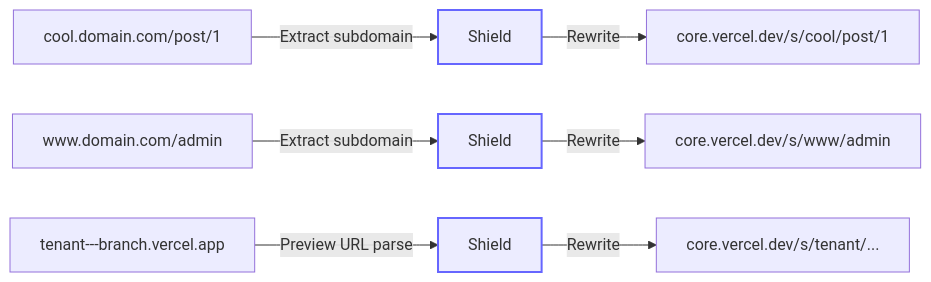
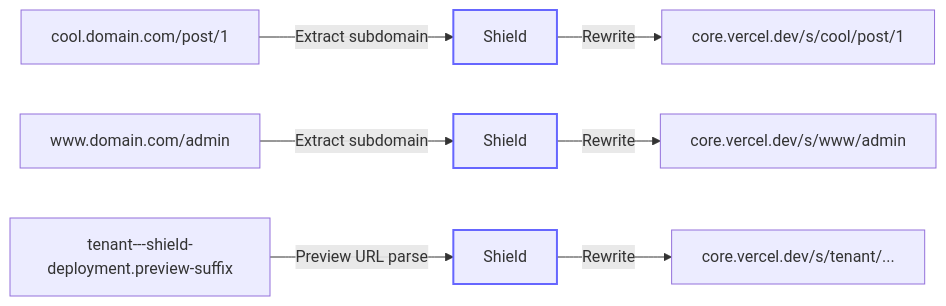
One commit to vercel-labs/isr-platform-shield changed the eighth of 8 diagrams in docs/ARCHITECTURE.md. Above: the diagram before and after it, drawn with Mermaid. The commit also changed other lines of this file and 5 other files, not shown here.

Commit message:
Support tenant preview hostnames

````diff
--- a/docs/ARCHITECTURE.md
+++ b/docs/ARCHITECTURE.md
@@ -314,15 +314,15 @@
 ```mermaid
 graph LR
     A[cool.domain.com/post/1] -->|Extract subdomain| B[Shield]
     B -->|Rewrite| C[core.vercel.dev/s/cool/post/1]
 
     D[www.domain.com/admin] -->|Extract subdomain| E[Shield]
     E -->|Rewrite| F[core.vercel.dev/s/www/admin]
 
-    G[tenant---branch.vercel.app] -->|Preview URL parse| H[Shield]
+    G[tenant---shield-deployment.preview-suffix] -->|Preview URL parse| H[Shield]
     H -->|Rewrite| I[core.vercel.dev/s/tenant/...]
 
     style B stroke:#66f,stroke-width:2px
     style E stroke:#66f,stroke-width:2px
     style H stroke:#66f,stroke-width:2px
 ```
````
